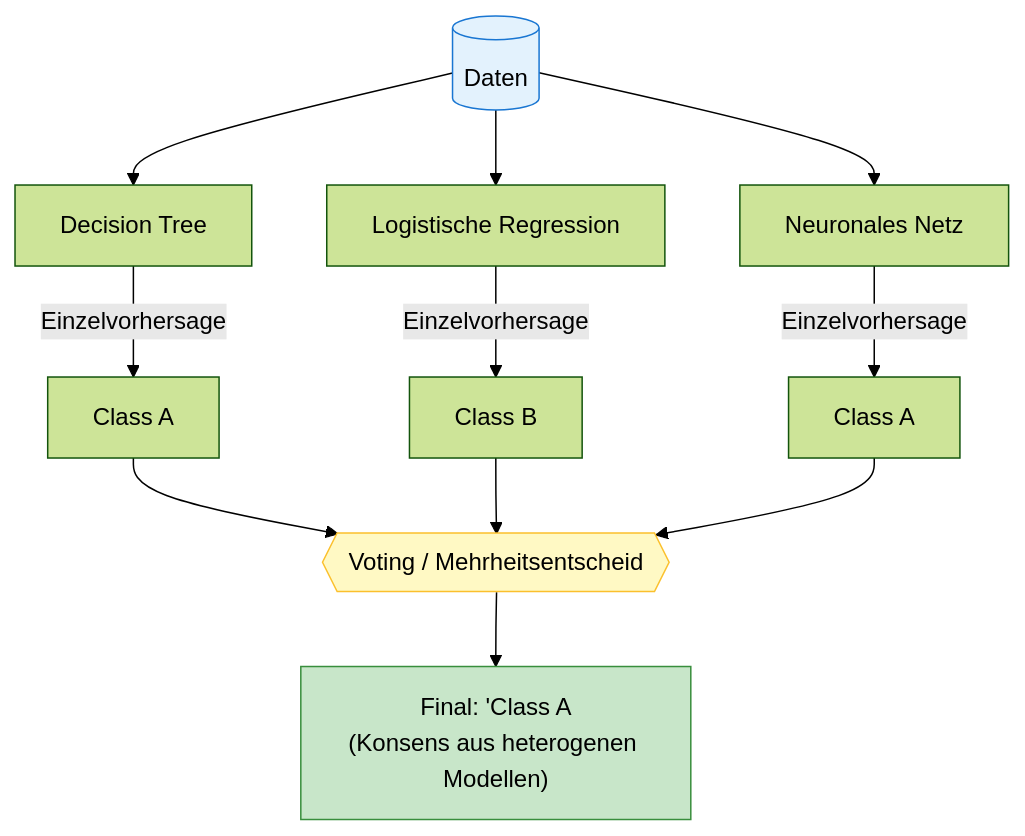
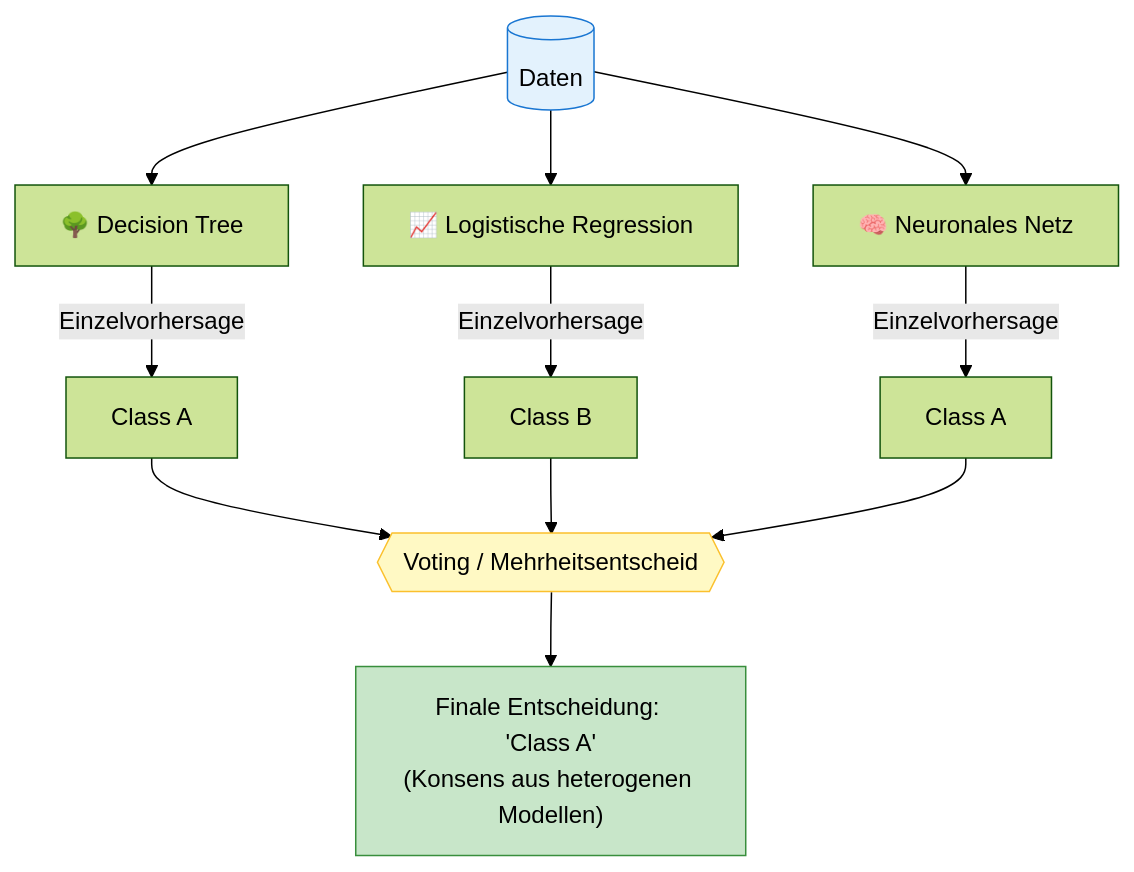
The second of 9 diagrams in docs/concepts/modeling/stacking.md (ralf-42/ML_Intro), drawn with Mermaid (forest theme) before and after one commit.

````diff
--- a/docs/concepts/modeling/stacking.md
+++ b/docs/concepts/modeling/stacking.md
@@ -64,23 +64,23 @@
 ```mermaid
 flowchart TD
 
-D[("Daten")]
+    D[("Daten")]
 
-D --> M1["Decision Tree"]
-D --> M2["Logistische Regression"]
-D --> M3["Neuronales Netz"]
+    D --> M1["🌳 Decision Tree"]
+    D --> M2["📈 Logistische Regression"]
+    D --> M3["🧠 Neuronales Netz"]
 
-M1 -- "Einzelvorhersage" --> P1["Class A"]
-M2 -- "Einzelvorhersage" --> P2["Class B"]
-M3 -- "Einzelvorhersage" --> P3["Class A"]
+    M1 -- "Einzelvorhersage" --> P1["Class A"]
+    M2 -- "Einzelvorhersage" --> P2["Class B"]
+    M3 -- "Einzelvorhersage" --> P3["Class A"]
 
-P1 --> V{{"Voting / Mehrheitsentscheid"}}
-P2 --> V
-P3 --> V
+    P1 --> V{{"Voting / Mehrheitsentscheid"}}
+    P2 --> V
+    P3 --> V
 
-V --> FINAL["Final: 'Class A<br>(Konsens aus heterogenen Modellen)"]
+    V --> FINAL["Finale Entscheidung: 'Class A'<br>(Konsens aus heterogenen Modellen)"]
 
-style D fill:#e3f2fd,stroke:#1976d2
-style V fill:#fff9c4,stroke:#fbc02d
-style FINAL fill:#c8e6c9,stroke:#388e3c
+    style D fill:#e3f2fd,stroke:#1976d2
+    style V fill:#fff9c4,stroke:#fbc02d
+    style FINAL fill:#c8e6c9,stroke:#388e3c
 ```
````
